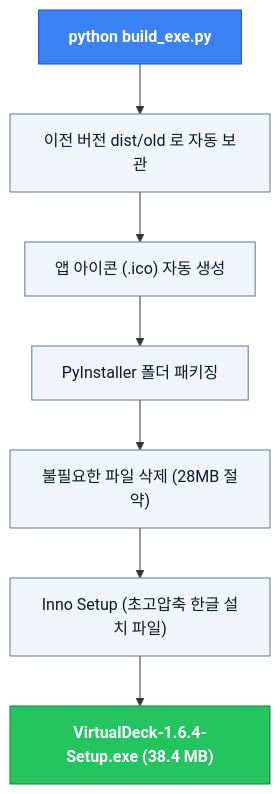
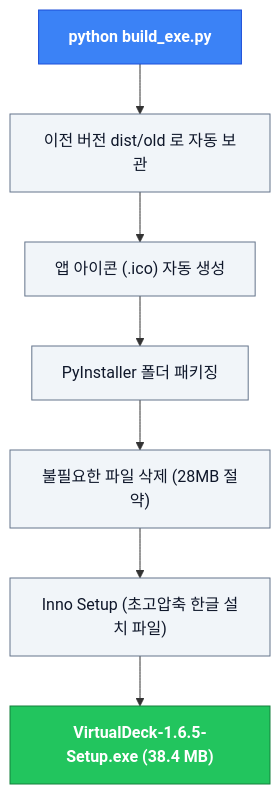
One commit to sh11025/Virtual_Deck changed the seventh of 7 diagrams in README.md. Above: the diagram before and after it, drawn with Mermaid. The commit also changed other lines of this file and 4 other files, not shown here.

````diff
--- a/README.md
+++ b/README.md
@@ -347,13 +347,13 @@
 ```mermaid
 flowchart TD
     classDef head fill:#3b82f6,stroke:#1d4ed8,color:#ffffff,font-weight:bold;
     classDef box fill:#f1f5f9,stroke:#64748b,color:#0f172a;
     classDef done fill:#22c55e,stroke:#15803d,color:#ffffff,font-weight:bold;
 
     A["python build_exe.py"]:::head --> B["이전 버전 dist/old 로 자동 보관"]:::box
     B --> C["앱 아이콘 (.ico) 자동 생성"]:::box
     C --> D["PyInstaller 폴더 패키징"]:::box
     D --> E["불필요한 파일 삭제 (28MB 절약)"]:::box
     E --> F["Inno Setup (초고압축 한글 설치 파일)"]:::box
-    F --> G["VirtualDeck-1.6.4-Setup.exe (38.4 MB)"]:::done
+    F --> G["VirtualDeck-1.6.5-Setup.exe (38.4 MB)"]:::done
 ```
````
